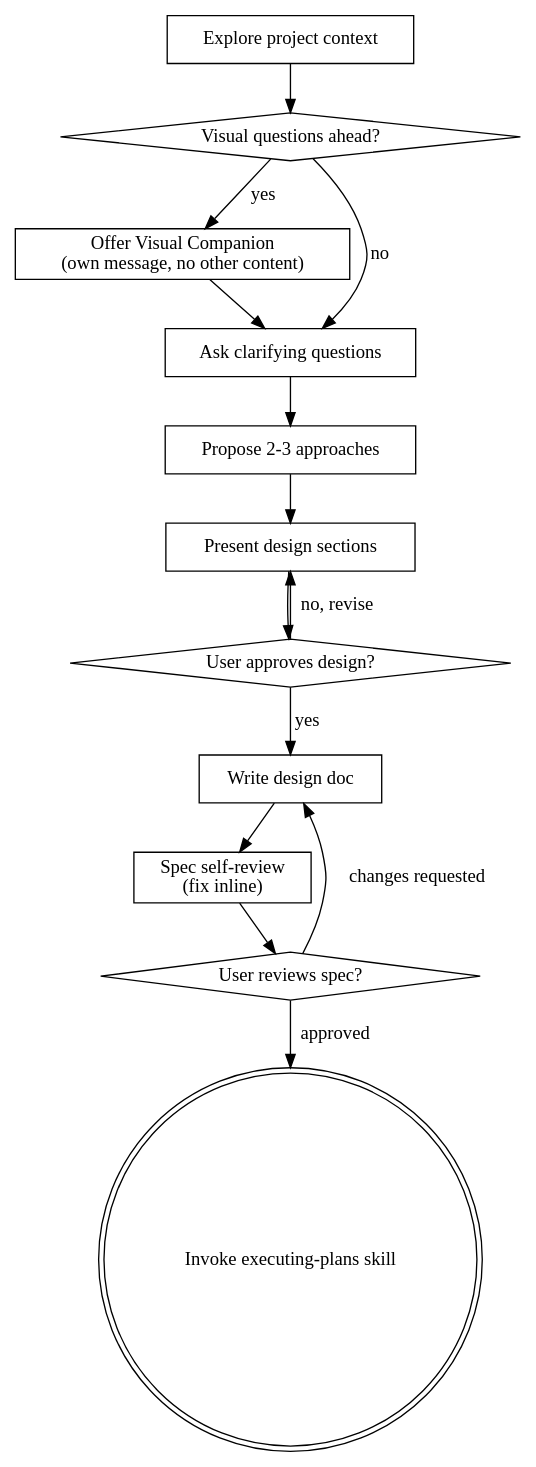
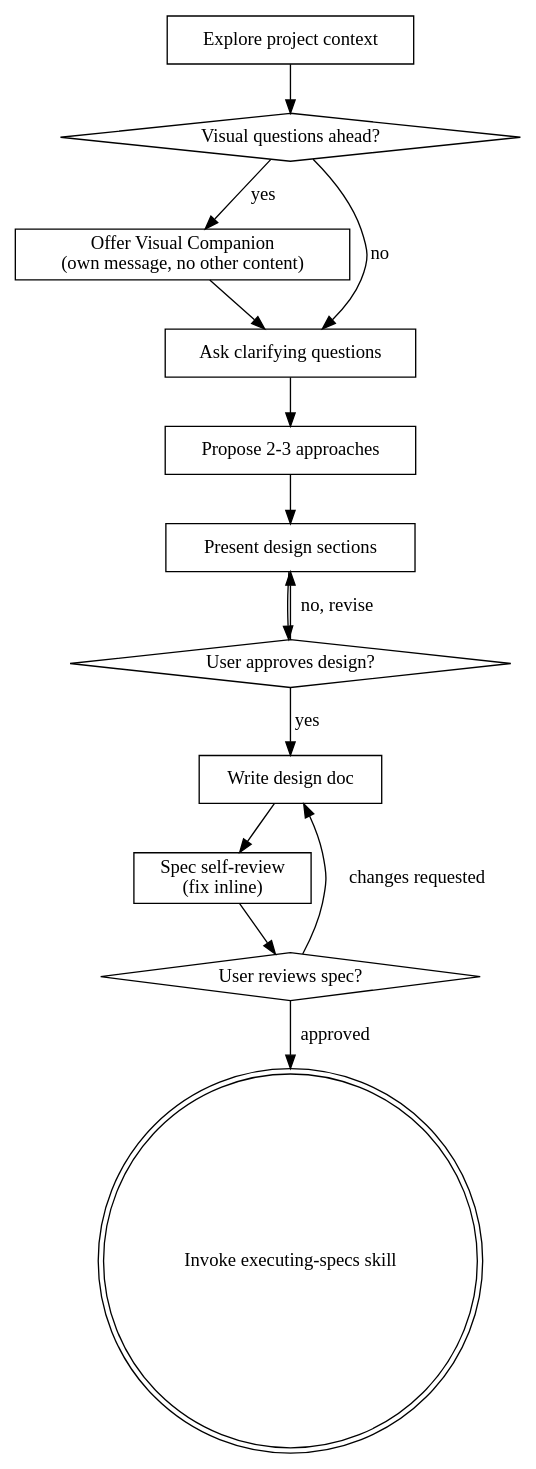
One commit to dgafka/superpowers changed the diagram in skills/brainstorming/SKILL.md. Above: the diagram before and after it, drawn with Graphviz. The commit also changed other lines of this file and 12 other files, not shown here.

````diff
--- a/skills/brainstorming/SKILL.md
+++ b/skills/brainstorming/SKILL.md
@@ -36,29 +36,29 @@
 ```dot
 digraph brainstorming {
     "Explore project context" [shape=box];
     "Visual questions ahead?" [shape=diamond];
     "Offer Visual Companion\n(own message, no other content)" [shape=box];
     "Ask clarifying questions" [shape=box];
     "Propose 2-3 approaches" [shape=box];
     "Present design sections" [shape=box];
     "User approves design?" [shape=diamond];
     "Write design doc" [shape=box];
     "Spec self-review\n(fix inline)" [shape=box];
     "User reviews spec?" [shape=diamond];
-    "Invoke executing-plans skill" [shape=doublecircle];
+    "Invoke executing-specs skill" [shape=doublecircle];
 
     "Explore project context" -> "Visual questions ahead?";
     "Visual questions ahead?" -> "Offer Visual Companion\n(own message, no other content)" [label="yes"];
     "Visual questions ahead?" -> "Ask clarifying questions" [label="no"];
     "Offer Visual Companion\n(own message, no other content)" -> "Ask clarifying questions";
     "Ask clarifying questions" -> "Propose 2-3 approaches";
     "Propose 2-3 approaches" -> "Present design sections";
     "Present design sections" -> "User approves design?";
     "User approves design?" -> "Present design sections" [label="no, revise"];
     "User approves design?" -> "Write design doc" [label="yes"];
     "Write design doc" -> "Spec self-review\n(fix inline)";
     "Spec self-review\n(fix inline)" -> "User reviews spec?";
     "User reviews spec?" -> "Write design doc" [label="changes requested"];
-    "User reviews spec?" -> "Invoke executing-plans skill" [label="approved"];
+    "User reviews spec?" -> "Invoke executing-specs skill" [label="approved"];
 }
 ```
````
